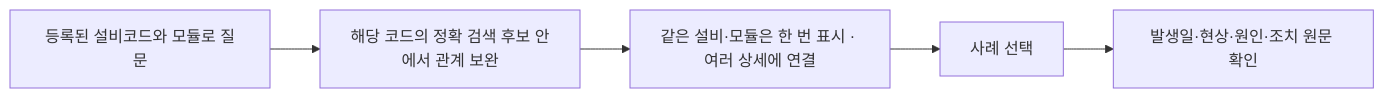
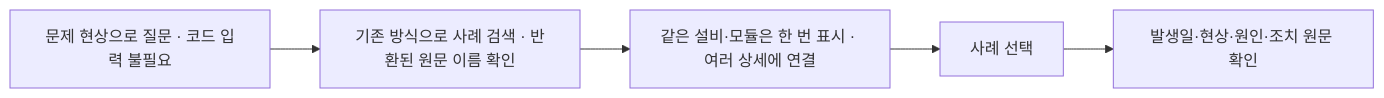
One commit to pmh10401/cs-excel-rag changed the first of 17 diagrams in docs/임원보고서.md. Above: the diagram before and after it, drawn with Mermaid. The commit also changed other lines of this file and 9 other files, not shown here.

````diff
--- a/docs/임원보고서.md
+++ b/docs/임원보고서.md
@@ -19,7 +21,7 @@
 ```mermaid
 flowchart LR
-    Q[등록된 설비코드와 모듈로 질문] --> A[해당 코드의 정확 검색 후보 안에서 관계 보완]
+    Q[문제 현상으로 질문 · 코드 입력 불필요] --> A[기존 방식으로 사례 검색 · 반환된 원문 이름 확인]
     A --> B[같은 설비·모듈은 한 번 표시 · 여러 상세에 연결]
     B --> C[사례 선택]
     C --> D[발생일·현상·원인·조치 원문 확인]
 ```
````
